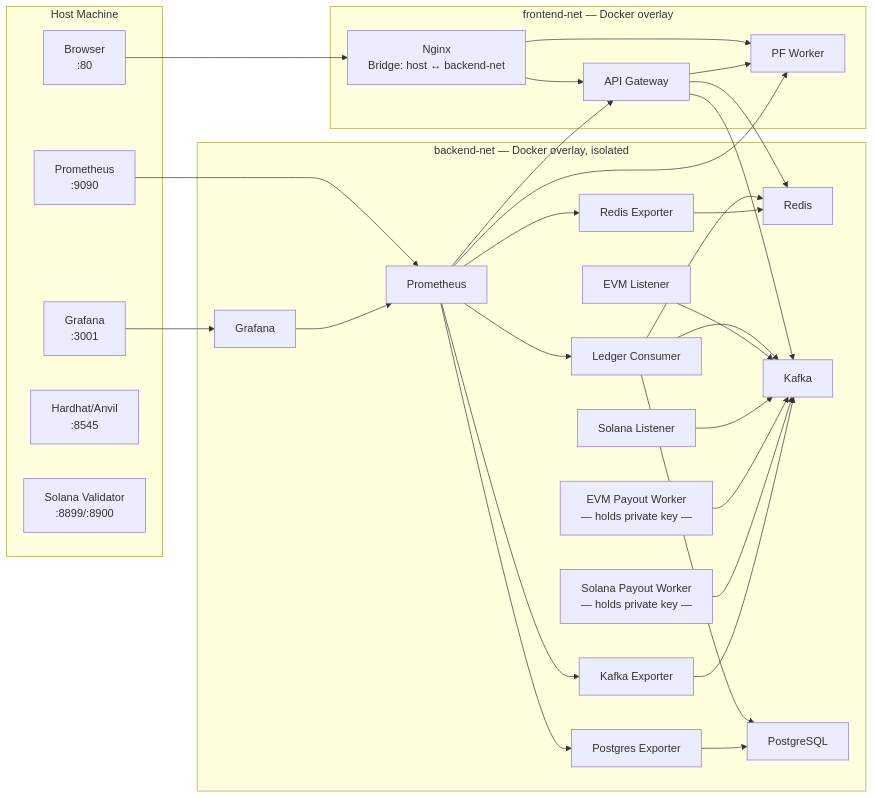
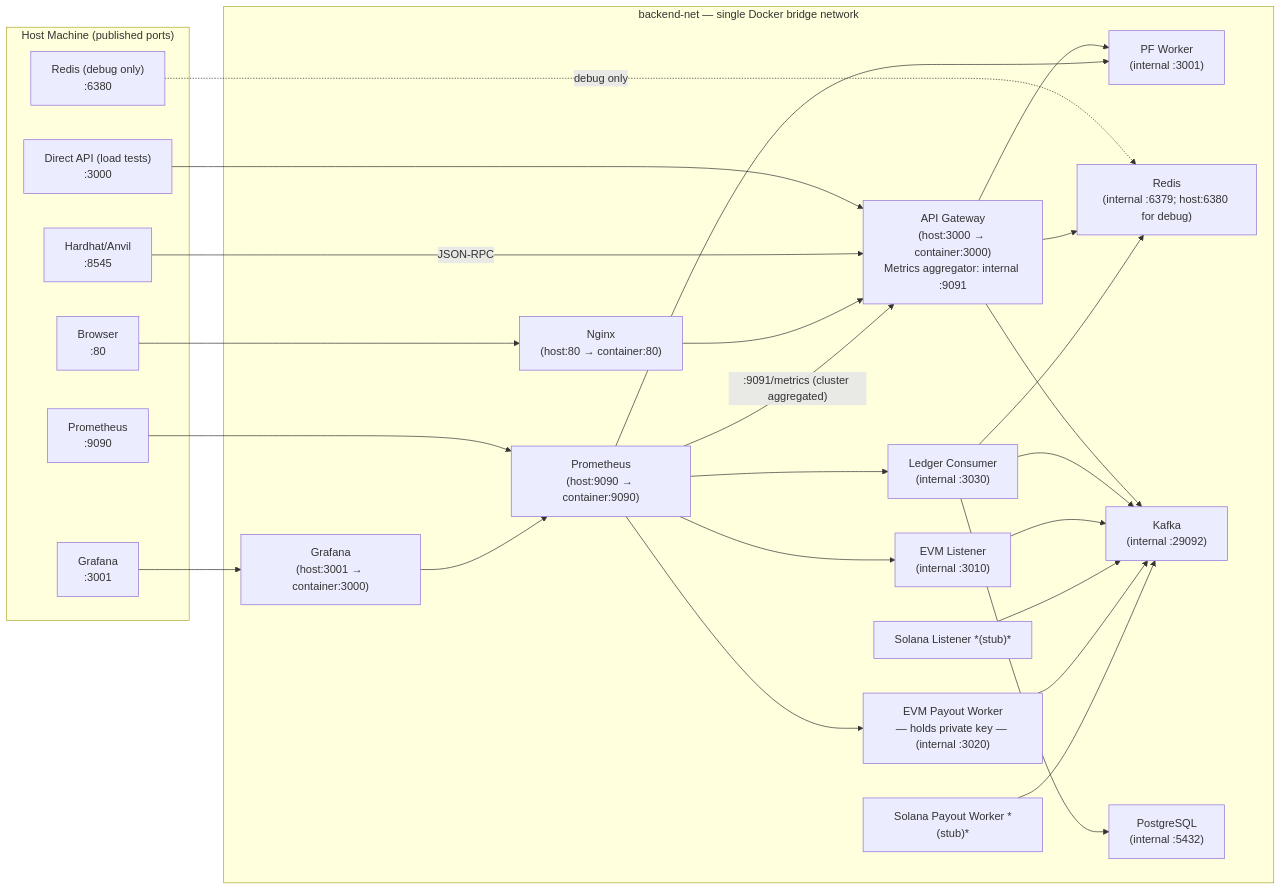
One commit to Fennzo/DiceTilt changed the third of 3 diagrams in documentation/architecture-overview.md. Above: the diagram before and after it, drawn with Mermaid. The commit also changed other lines of this file and 93 other files, not shown here.

````diff
--- a/documentation/architecture-overview.md
+++ b/documentation/architecture-overview.md
@@ -192,65 +211,57 @@
 ```mermaid
 graph LR
-    subgraph "Host Machine"
+    subgraph "Host Machine (published ports)"
         Browser["Browser\n:80"]
+        DevAPI["Direct API (load tests)\n:3000"]
         GrafanaHost["Grafana\n:3001"]
         PromHost["Prometheus\n:9090"]
         EVMHost["Hardhat/Anvil\n:8545"]
-        SolHost["Solana Validator\n:8899/:8900"]
+        RedisDebug["Redis (debug only)\n:6380"]
     end
 
-    subgraph "frontend-net — Docker overlay"
-        Nginx["Nginx\nBridge: host ↔ backend-net"]
-        API["API Gateway"]
-        PF["PF Worker"]
-    end
-
-    subgraph "backend-net — Docker overlay, isolated"
-        Redis["Redis"]
-        Kafka["Kafka"]
-        Postgres["PostgreSQL"]
-        Ledger["Ledger Consumer"]
-        EVMListen["EVM Listener"]
-        EVMPay["EVM Payout Worker\n— holds private key —"]
-        SolListen["Solana Listener"]
-        SolPay["Solana Payout Worker\n— holds private key —"]
-        RedisExp["Redis Exporter"]
-        PGExp["Postgres Exporter"]
-        KafkaExp["Kafka Exporter"]
-        Prom["Prometheus"]
-        Grafana["Grafana"]
+    subgraph "backend-net — single Docker bridge network"
+        Nginx["Nginx\n(host:80 → container:80)"]
+        API["API Gateway\n(host:3000 → container:3000)\nMetrics aggregator: internal :9091"]
+        PF["PF Worker\n(internal :3001)"]
+        Redis["Redis\n(internal :6379; host:6380 for debug)"]
+        Kafka["Kafka\n(internal :29092)"]
+        Postgres["PostgreSQL\n(internal :5432)"]
+        Ledger["Ledger Consumer\n(internal :3030)"]
+        EVMListen["EVM Listener\n(internal :3010)"]
+        EVMPay["EVM Payout Worker\n— holds private key — (internal :3020)"]
+        SolListen["Solana Listener *(stub)*"]
+        SolPay["Solana Payout Worker *(stub)*"]
+        Prom["Prometheus\n(host:9090 → container:9090)"]
+        Grafana["Grafana\n(host:3001 → container:3000)"]
     end
 
     Browser --> Nginx
+    DevAPI --> API
     GrafanaHost --> Grafana
     PromHost --> Prom
+    EVMHost -->|"JSON-RPC"| API
+    RedisDebug -.->|"debug only"| Redis
 
     Nginx --> API
-    Nginx --> PF
 
     API --> Redis
     API --> Kafka
     API --> PF
 
     Ledger --> Kafka
     Ledger --> Postgres
     Ledger --> Redis
 
     EVMListen --> Kafka
     SolListen --> Kafka
     EVMPay --> Kafka
     SolPay --> Kafka
 
-    RedisExp --> Redis
-    PGExp --> Postgres
-    KafkaExp --> Kafka
-
-    Prom --> RedisExp
-    Prom --> PGExp
-    Prom --> KafkaExp
-    Prom --> API
+    Prom -->|":9091/metrics (cluster aggregated)"| API
     Prom --> PF
     Prom --> Ledger
+    Prom --> EVMListen
+    Prom --> EVMPay
 
     Grafana --> Prom
 ```
````
